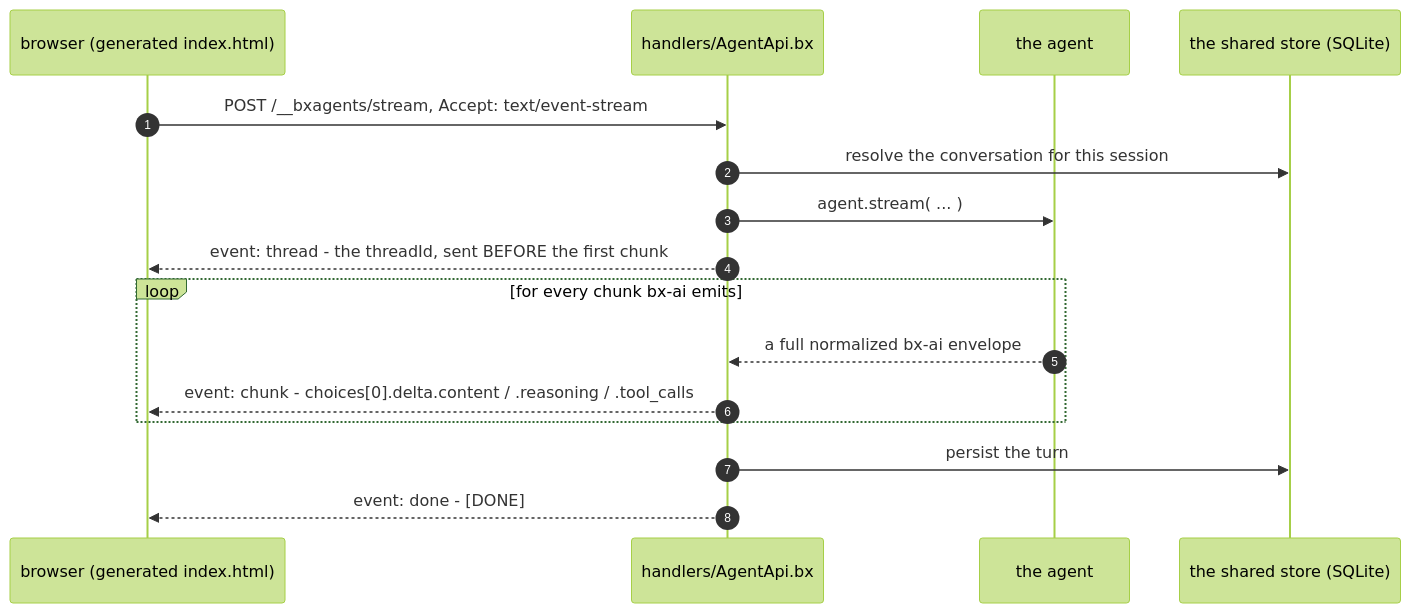
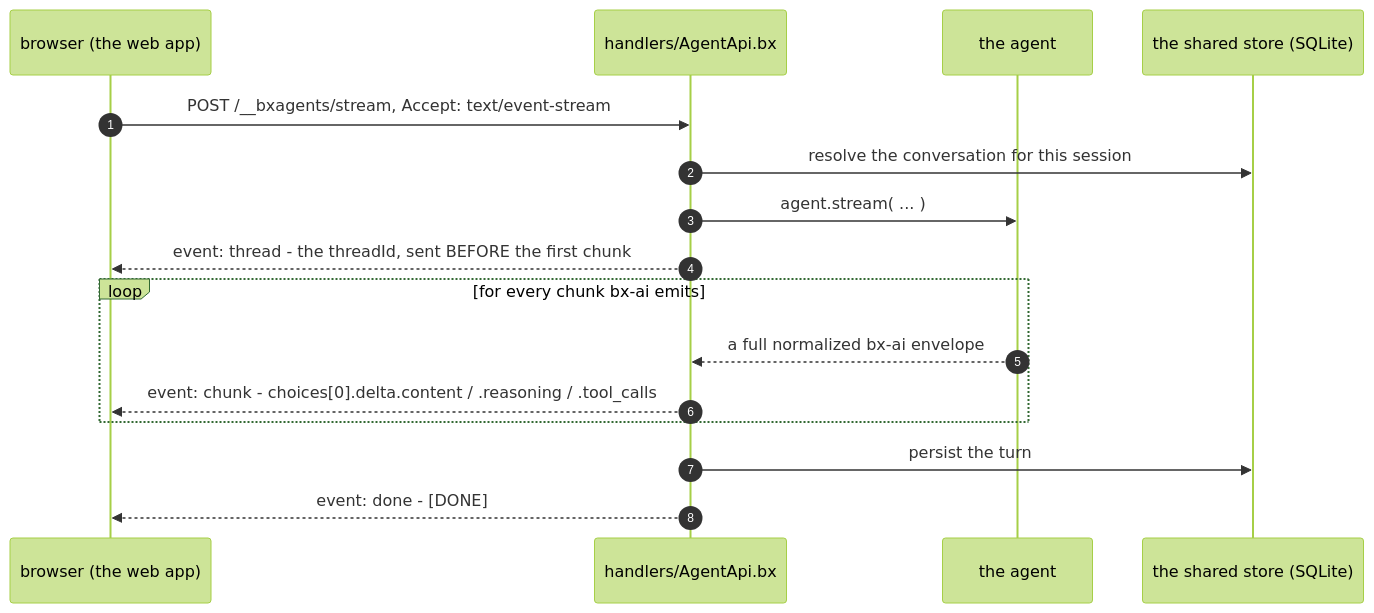
The diagram in docs/conventions/web-ui.md (ortus-boxlang/bx-agents), drawn with Mermaid (forest theme) before and after one commit. The commit also changed other lines of this file and 86 other files, not shown here.

First line of the commit message:
Web app: mount the bxagentsui module at the gateway's path and remove the old page

````diff
--- a/docs/conventions/web-ui.md
+++ b/docs/conventions/web-ui.md
@@ -198,19 +198,19 @@
 ```mermaid
 sequenceDiagram
     autonumber
-    participant B as browser (generated index.html)
+    participant B as browser (the web app)
     participant H as handlers/AgentApi.bx
     participant A as the agent
     participant D as the shared store (SQLite)
 
     B->>H: POST /__bxagents/stream, Accept: text/event-stream
     H->>D: resolve the conversation for this session
     H->>A: agent.stream( ... )
     H-->>B: event: thread - the threadId, sent BEFORE the first chunk
     loop for every chunk bx-ai emits
         A-->>H: a full normalized bx-ai envelope
         H-->>B: event: chunk - choices[0].delta.content / .reasoning / .tool_calls
     end
     H->>D: persist the turn
     H-->>B: event: done - [DONE]
 ```
````
